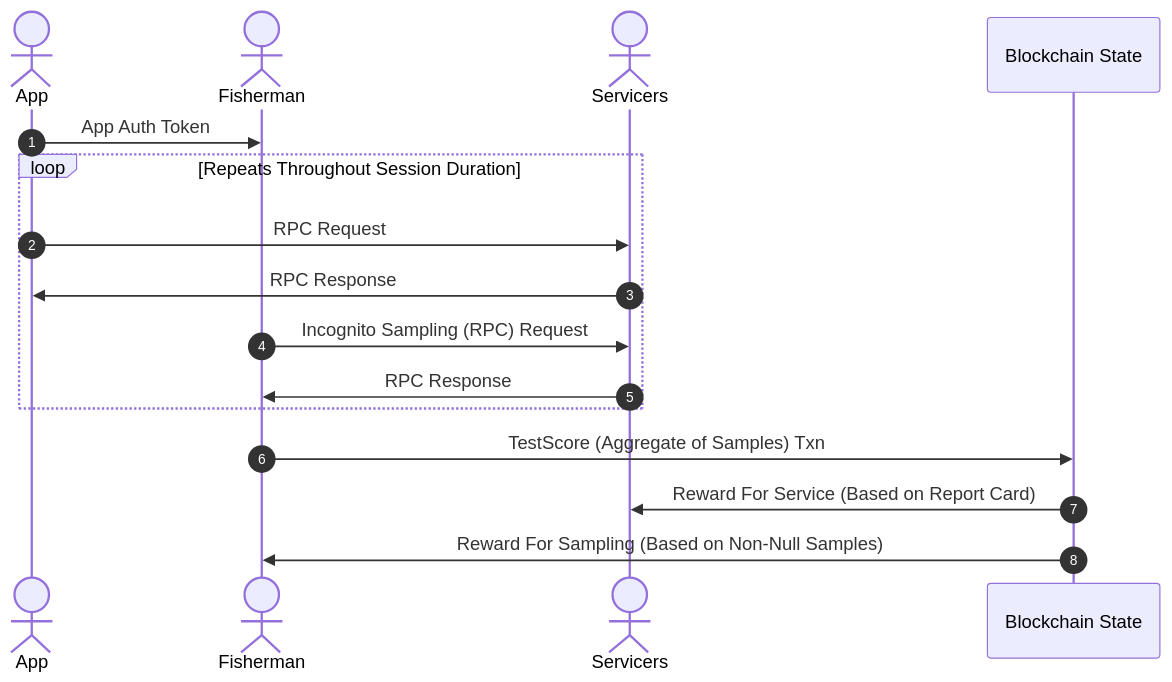
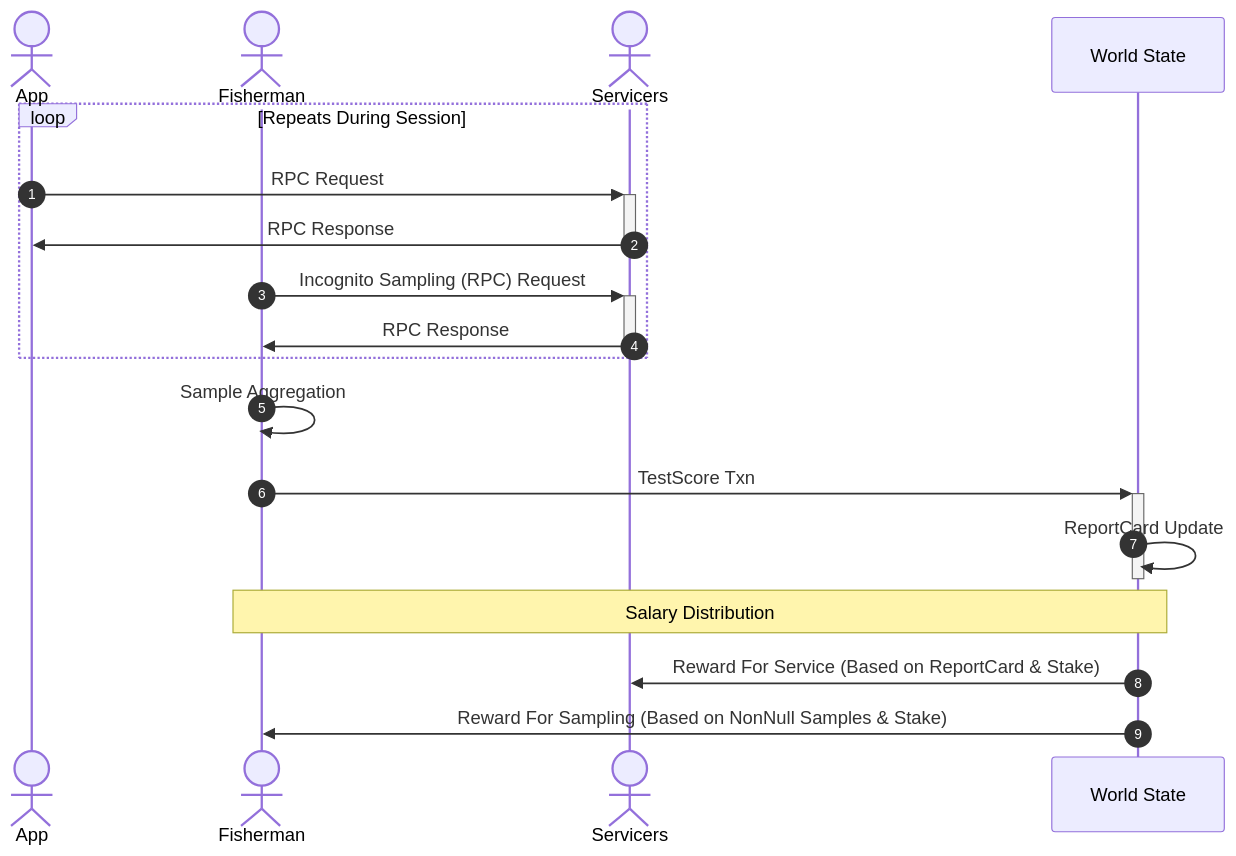
One commit to pokt-network/pocket-network-protocol changed the sixth of 11 diagrams in utility/README.md. Above: the diagram before and after it, drawn with Mermaid. The commit also changed other lines of this file, not shown here.

Commit message:
Updated Fisherman spec up to 3.3.4: Incognito Sampling

````diff
--- a/utility/README.md
+++ b/utility/README.md
@@ -499,17 +499,23 @@
 ```mermaid
 sequenceDiagram
     autonumber
+
     actor App
     actor Fisherman
     actor Servicers
-    App->>Fisherman: App Auth Token
-    loop Repeats Throughout Session Duration
-        App->>Servicers: RPC Request
-        Servicers->>App: RPC Response
-        Fisherman->>Servicers: Incognito Sampling (RPC) Request
-        Servicers->>Fisherman: RPC Response
+
+    loop Repeats During Session
+        App ->> +Servicers: RPC Request
+        Servicers ->> -App: RPC Response
+        Fisherman ->> +Servicers: Incognito Sampling (RPC) Request
+        Servicers ->> -Fisherman: RPC Response
     end
-    Fisherman ->> Blockchain State: TestScore (Aggregate of Samples) Txn
-    Blockchain State ->> Servicers: Reward For Service (Based on Report Card)
-    Blockchain State ->> Fisherman: Reward For Sampling  (Based on Non-Null Samples)
+
+    Fisherman ->> Fisherman: Sample Aggregation
+    Fisherman ->> +World State: TestScore Txn
+    World State ->> -World State: ReportCard Update
+
+    Note over Fisherman, World State: Salary Distribution
+    World State ->> Servicers: Reward For Service (Based on ReportCard & Stake)
+    World State ->> Fisherman: Reward For Sampling (Based on NonNull Samples & Stake)
 ```
````
